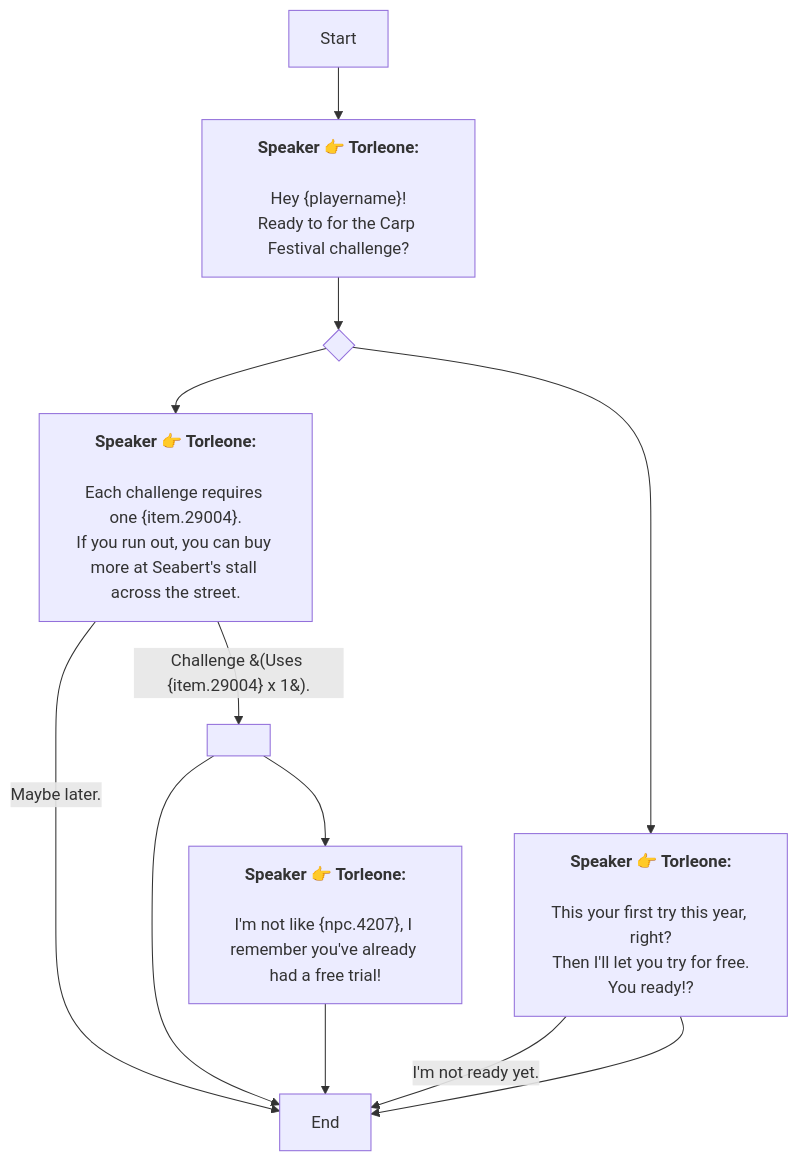
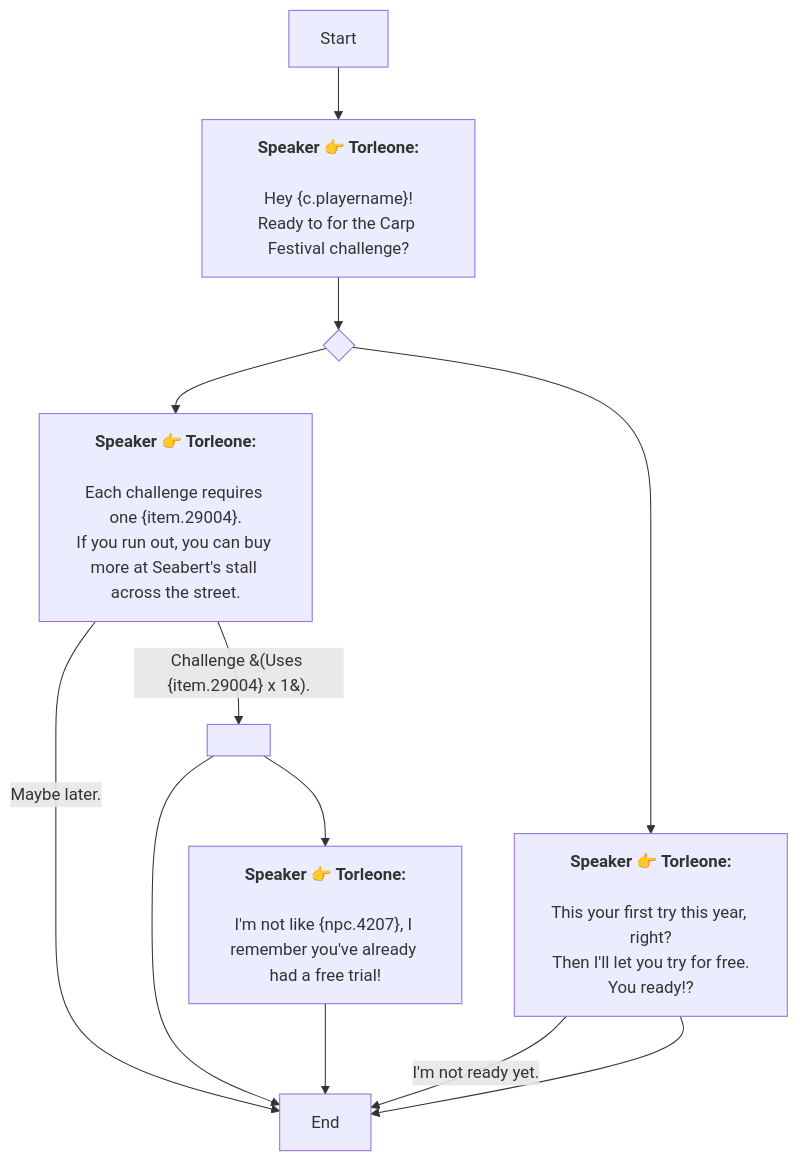
Before and after one commit to SoftHu/tos_avg: the diagram in En/AddDialogNode_1747827838779673.md, drawn with Mermaid. The commit also changed 410 other files, not shown here.

````diff
--- a/En/AddDialogNode_1747827838779673.md
+++ b/En/AddDialogNode_1747827838779673.md
@@ -1,23 +1,23 @@
 ```mermaid
 graph
 Start -->1747827907015965[<b>Speaker 👉 Torleone:</b>
-\nHey &lbrace;playername&rbrace;!
+\nHey &lbrace;c.playername&rbrace;!
 Ready to for the Carp Festival challenge?]
 1747827907015965 -->1752005422132562{ }
 1752005422132562 -->1752005655631188[<b>Speaker 👉 Torleone:</b>
 \nEach challenge requires one &lbrace;item.29004&rbrace;.
 If you run out, you can buy more at Seabert's stall across the street.]
 1752005422132562 -->1752005877835099[<b>Speaker 👉 Torleone:</b>
 \nThis your first try this year, right?
 Then I'll let you try for free.
 You ready!?]
 1752005655631188 -->|Challenge &#40;Uses &lbrace;item.29004&rbrace; x 1&#41;.|1752005867783514[ ]
 1752005655631188 -->|Maybe later.|1747827980024094[End]
 1752005867783514 -->1752006146056546[<b>Speaker 👉 Torleone:</b>
 \nI'm not like &lbrace;npc.4207&rbrace;, I remember you've already had a free trial!]
 1752005867783514 -->1747827980024094[End]
 1752006146056546 -->1747827980024094[End]
 1752005877835099 -->|I'm not ready yet.|1747827980024094[End]
 1752005877835099 -->1747827980024094[End]
 
 ```
````
